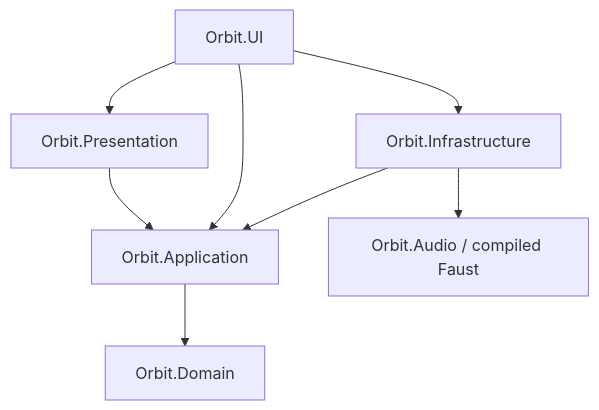
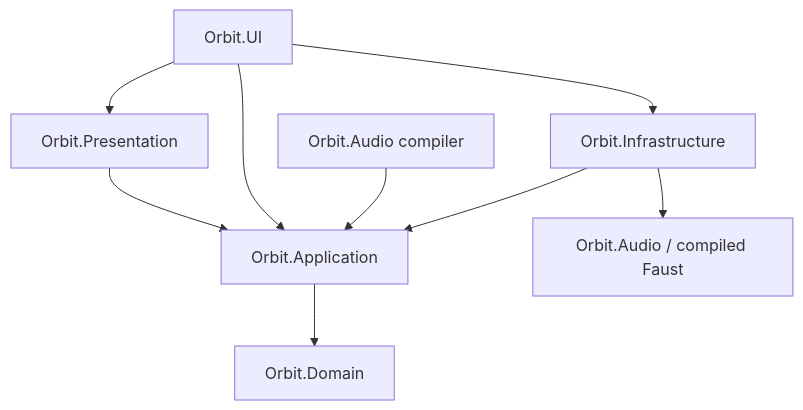
Before and after one commit to wgabel/orbit2: the first of 10 diagrams in README.md, drawn with Mermaid. The commit also changed other lines of this file and 19 other files, not shown here.

Commit message:
Compile committed signal graphs into extensible Faust programs

````diff
--- a/README.md
+++ b/README.md
@@ -25,10 +25,11 @@
 ```mermaid
 flowchart TD
     UI["Orbit.UI"] --> Presentation["Orbit.Presentation"]
     Presentation --> Application["Orbit.Application"]
     UI --> Application
     UI --> Infrastructure["Orbit.Infrastructure"]
     Infrastructure --> Application
     Application --> Domain["Orbit.Domain"]
+    Compiler["Orbit.Audio compiler"] --> Application
     Infrastructure --> DSP["Orbit.Audio / compiled Faust"]
 ```
````
